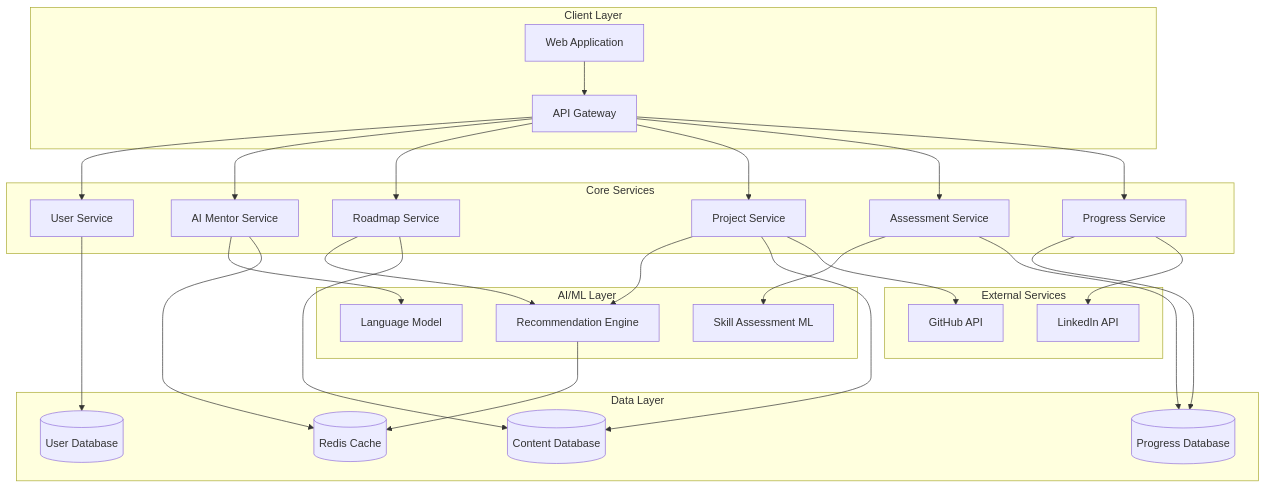
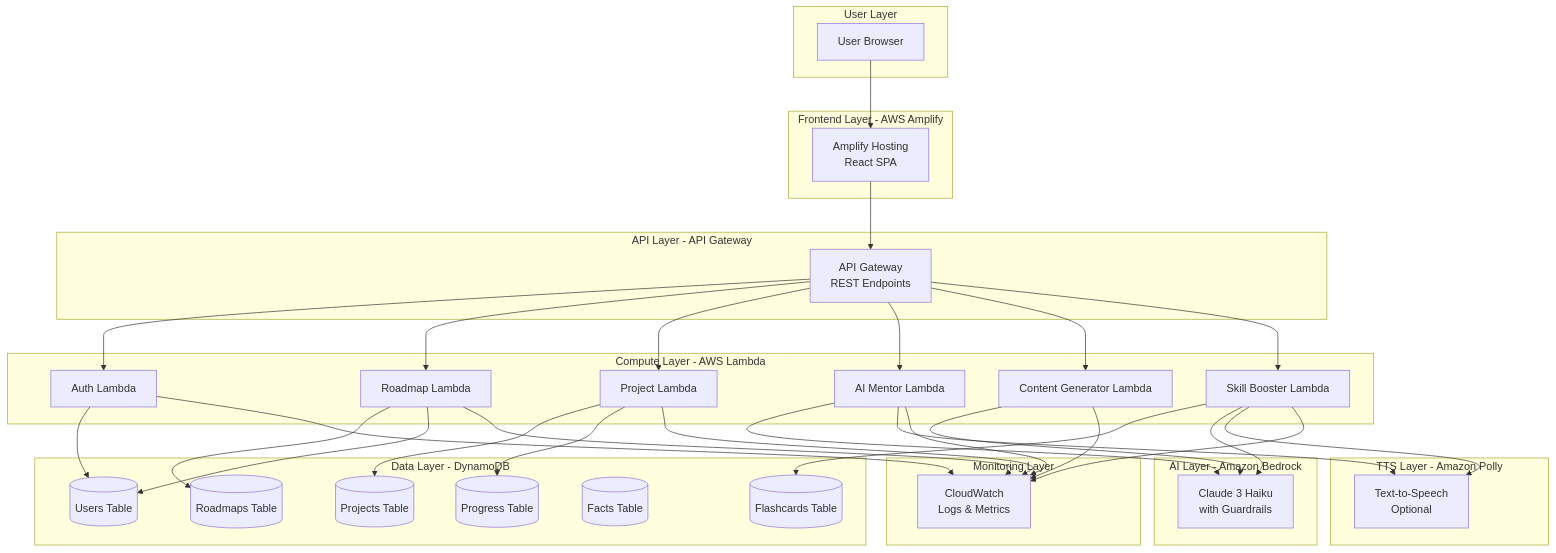
The first of 18 diagrams in design.md (xnshikaa/TechMentorAi), drawn with Mermaid before and after one commit. The commit also changed other lines of this file, not shown here.

````diff
--- a/design.md
+++ b/design.md
@@ -13,59 +39,73 @@
 ```mermaid
 graph TB
-    subgraph "Client Layer"
-        WEB[Web Application]
-        API_GW[API Gateway]
+    subgraph "User Layer"
+        USER[User Browser]
     end
     
-    subgraph "Core Services"
-        USER[User Service]
-        MENTOR[AI Mentor Service]
-        ROADMAP[Roadmap Service]
-        PROJECT[Project Service]
-        ASSESS[Assessment Service]
-        PROGRESS[Progress Service]
+    subgraph "Frontend Layer - AWS Amplify"
+        AMPLIFY[Amplify Hosting<br/>React SPA]
     end
     
-    subgraph "AI/ML Layer"
-        LLM[Language Model]
-        SKILL_ML[Skill Assessment ML]
-        RECOMMEND[Recommendation Engine]
+    subgraph "API Layer - API Gateway"
+        APIGW[API Gateway<br/>REST Endpoints]
     end
     
-    subgraph "Data Layer"
-        USER_DB[(User Database)]
-        CONTENT_DB[(Content Database)]
-        PROGRESS_DB[(Progress Database)]
-        CACHE[(Redis Cache)]
+    subgraph "Compute Layer - AWS Lambda"
+        AUTH[Auth Lambda]
+        ROADMAP[Roadmap Lambda]
+        PROJECT[Project Lambda]
+        MENTOR[AI Mentor Lambda]
+        GENERATOR[Content Generator Lambda]
+        BOOSTER[Skill Booster Lambda]
     end
     
-    subgraph "External Services"
-        GITHUB[GitHub API]
-        LINKEDIN[LinkedIn API]
+    subgraph "Data Layer - DynamoDB"
+        USERS_TABLE[(Users Table)]
+        ROADMAPS_TABLE[(Roadmaps Table)]
+        PROJECTS_TABLE[(Projects Table)]
+        PROGRESS_TABLE[(Progress Table)]
+        FACTS_TABLE[(Facts Table)]
+        FLASHCARDS_TABLE[(Flashcards Table)]
     end
     
-    WEB --> API_GW
-    API_GW --> USER
-    API_GW --> MENTOR
-    API_GW --> ROADMAP
-    API_GW --> PROJECT
-    API_GW --> ASSESS
-    API_GW --> PROGRESS
+    subgraph "AI Layer - Amazon Bedrock"
+        BEDROCK[Claude 3 Haiku<br/>with Guardrails]
+    end
     
-    MENTOR --> LLM
-    ASSESS --> SKILL_ML
-    ROADMAP --> RECOMMEND
-    PROJECT --> RECOMMEND
+    subgraph "TTS Layer - Amazon Polly"
+        POLLY[Text-to-Speech<br/>Optional]
+    end
     
-    USER --> USER_DB
-    ROADMAP --> CONTENT_DB
-    PROJECT --> CONTENT_DB
-    PROGRESS --> PROGRESS_DB
-    ASSESS --> PROGRESS_DB
+    subgraph "Monitoring Layer"
+        CLOUDWATCH[CloudWatch<br/>Logs & Metrics]
+    end
     
-    MENTOR --> CACHE
-    RECOMMEND --> CACHE
+    USER --> AMPLIFY
+    AMPLIFY --> APIGW
+    APIGW --> AUTH
+    APIGW --> ROADMAP
+    APIGW --> PROJECT
+    APIGW --> MENTOR
+    APIGW --> GENERATOR
+    APIGW --> BOOSTER
     
-    PROJECT --> GITHUB
-    PROGRESS --> LINKEDIN
+    AUTH --> USERS_TABLE
+    ROADMAP --> ROADMAPS_TABLE
+    ROADMAP --> USERS_TABLE
+    PROJECT --> PROJECTS_TABLE
+    PROJECT --> PROGRESS_TABLE
+    MENTOR --> BEDROCK
+    GENERATOR --> BEDROCK
+    BOOSTER --> FLASHCARDS_TABLE
+    BOOSTER --> BEDROCK
+    
+    MENTOR --> POLLY
+    BOOSTER --> POLLY
+    
+    AUTH --> CLOUDWATCH
+    ROADMAP --> CLOUDWATCH
+    PROJECT --> CLOUDWATCH
+    MENTOR --> CLOUDWATCH
+    GENERATOR --> CLOUDWATCH
+    BOOSTER --> CLOUDWATCH
 ```
````
